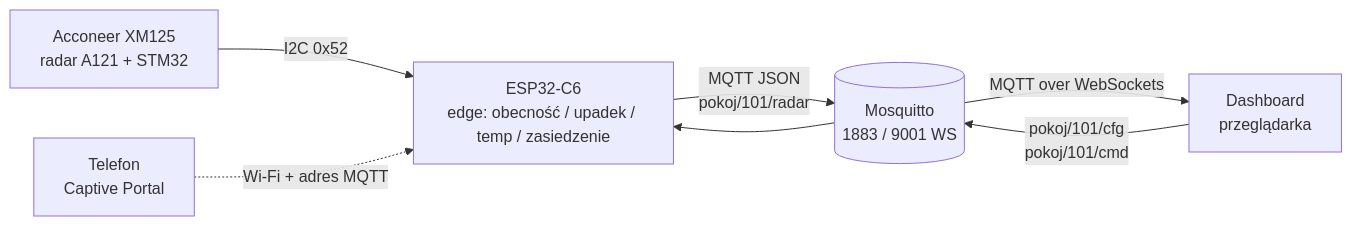
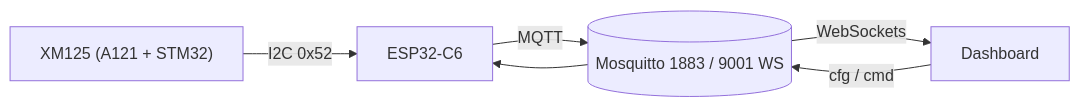
The diagram in README.md (JanLelko/presence_radar), drawn with Mermaid before and after one commit. The commit also changed other lines of this file, not shown here.

````diff
--- a/README.md
+++ b/README.md
@@ -78,9 +46,8 @@
 ```mermaid
 flowchart LR
-    R["Acconeer XM125<br/>radar A121 + STM32"] -- "I2C 0x52" --> E["ESP32-C6<br/>edge: obecność / upadek / temp / zasiedzenie"]
-    E -- "MQTT JSON<br/>pokoj/101/radar" --> B[("Mosquitto<br/>1883 / 9001 WS")]
-    B -- "MQTT over WebSockets" --> D["Dashboard<br/>przeglądarka"]
-    D -- "pokoj/101/cfg<br/>pokoj/101/cmd" --> B
+    R["XM125 (A121 + STM32)"] -- "I2C 0x52" --> E["ESP32-C6"]
+    E -- "MQTT" --> B[("Mosquitto 1883 / 9001 WS")]
+    B -- "WebSockets" --> D["Dashboard"]
+    D -- "cfg / cmd" --> B
     B --> E
-    P["Telefon<br/>Captive Portal"] -. "Wi-Fi + adres MQTT" .-> E
 ```
````
